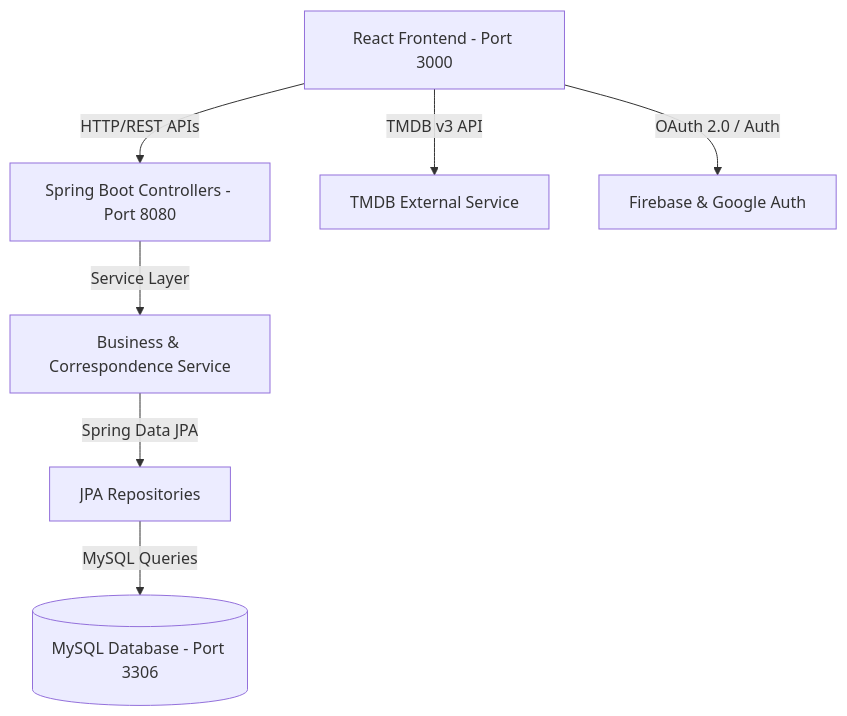
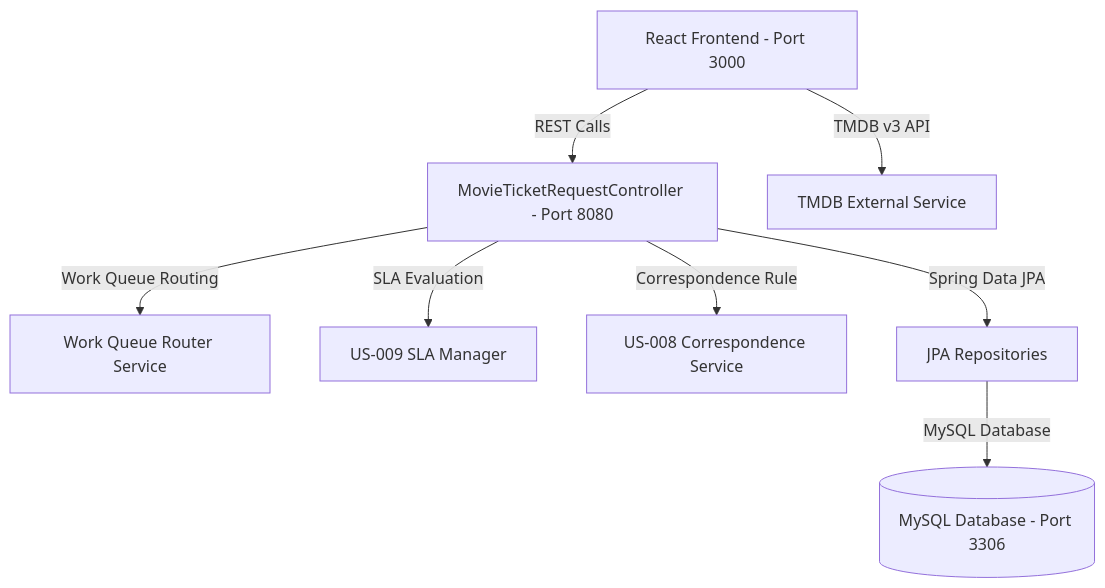
One commit to UpputuriAnil/CineSpot changed the diagram in README.md. Above: the diagram before and after it, drawn with Mermaid. The commit also changed other lines of this file, not shown here.

Commit message:
docs: update README screenshot to CineSpot copy.png and document US-008, US-009 SLA, and Work Queue features

````diff
--- a/README.md
+++ b/README.md
@@ -82,9 +95,10 @@
 ```mermaid
 graph TD;
-    Client[React Frontend - Port 3000] -->|HTTP/REST APIs| Controller[Spring Boot Controllers - Port 8080];
+    Client[React Frontend - Port 3000] -->|REST Calls| Controller[MovieTicketRequestController - Port 8080];
     Client -->|TMDB v3 API| TMDB[TMDB External Service];
-    Client -->|OAuth 2.0 / Auth| Firebase[Firebase & Google Auth];
-    Controller -->|Service Layer| Service[Business & Correspondence Service];
-    Service -->|Spring Data JPA| Repository[JPA Repositories];
-    Repository -->|MySQL Queries| Database[(MySQL Database - Port 3306)];
+    Controller -->|Work Queue Routing| WorkQueue[Work Queue Router Service];
+    Controller -->|SLA Evaluation| SLA[US-009 SLA Manager];
+    Controller -->|Correspondence Rule| Correspondence[US-008 Correspondence Service];
+    Controller -->|Spring Data JPA| Repository[JPA Repositories];
+    Repository -->|MySQL Database| Database[(MySQL Database - Port 3306)];
 ```
````
